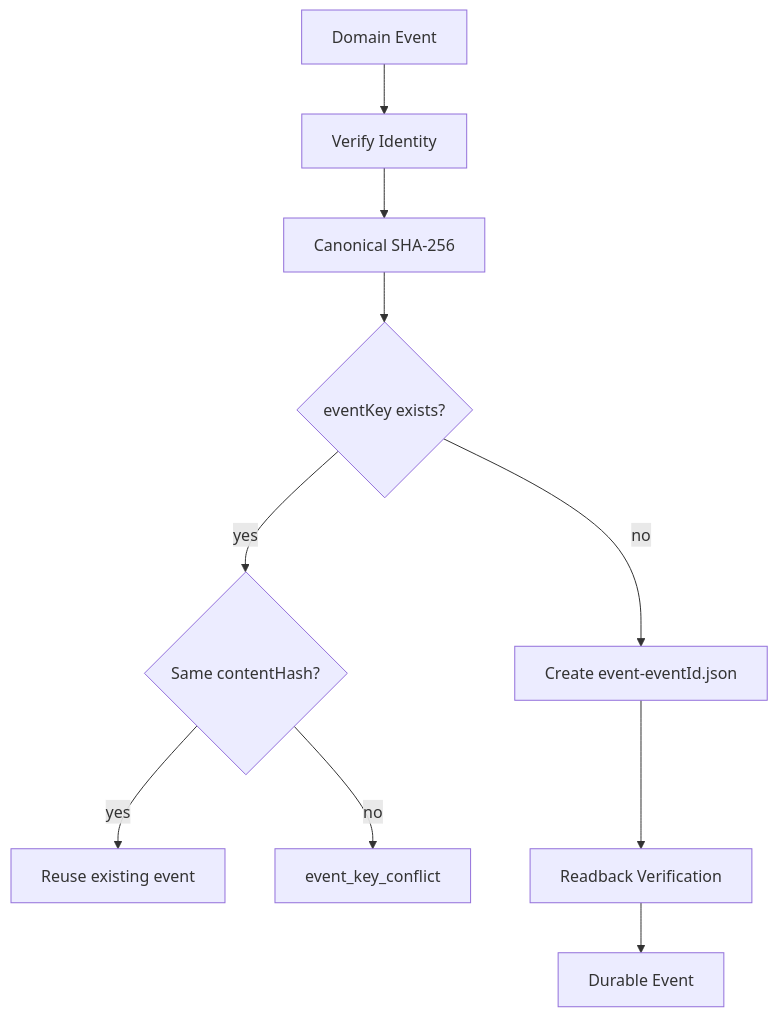
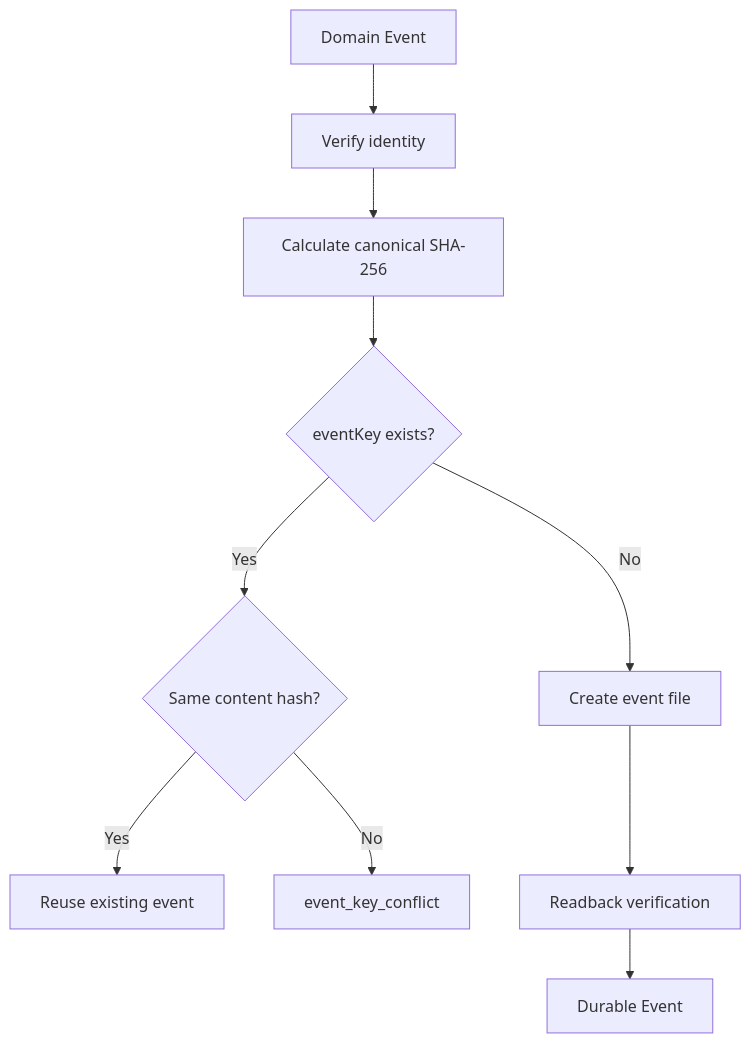
Before and after one commit to gitgotcha/my-chatgpt-mcp: diagram 19 of 32 in README.md, drawn with Mermaid. The commit also changed other lines of this file, not shown here.

````diff
--- a/README.md
+++ b/README.md
@@ -2022,35 +1955,27 @@
 ```mermaid
 flowchart TD
 
-    E[Domain Event]
-
-    VERIFY[Verify Identity]
-
-    HASH[Canonical SHA-256]
-
-    CHECK{eventKey exists?}
-
-    SAME{Same contentHash?}
-
-    REUSE[Reuse existing event]
-
-    CONFLICT[event_key_conflict]
-
-    CREATE[Create event-eventId.json]
-
-    READBACK[Readback Verification]
-
-    DONE[Durable Event]
+    E["Domain Event"]
+    VERIFY["Verify identity"]
+    HASH["Calculate canonical SHA-256"]
+    EXISTS{"eventKey exists?"}
+    SAME{"Same content hash?"}
+    REUSE["Reuse existing event"]
+    CONFLICT["event_key_conflict"]
+    CREATE["Create event file"]
+    READ["Readback verification"]
+    DONE["Durable Event"]
 
     E --> VERIFY
     VERIFY --> HASH
-    HASH --> CHECK
+    HASH --> EXISTS
 
-    CHECK -->|yes| SAME
-    SAME -->|yes| REUSE
-    SAME -->|no| CONFLICT
+    EXISTS -->|"Yes"| SAME
+    EXISTS -->|"No"| CREATE
 
-    CHECK -->|no| CREATE
-    CREATE --> READBACK
-    READBACK --> DONE
+    SAME -->|"Yes"| REUSE
+    SAME -->|"No"| CONFLICT
+
+    CREATE --> READ
+    READ --> DONE
 ```
````
